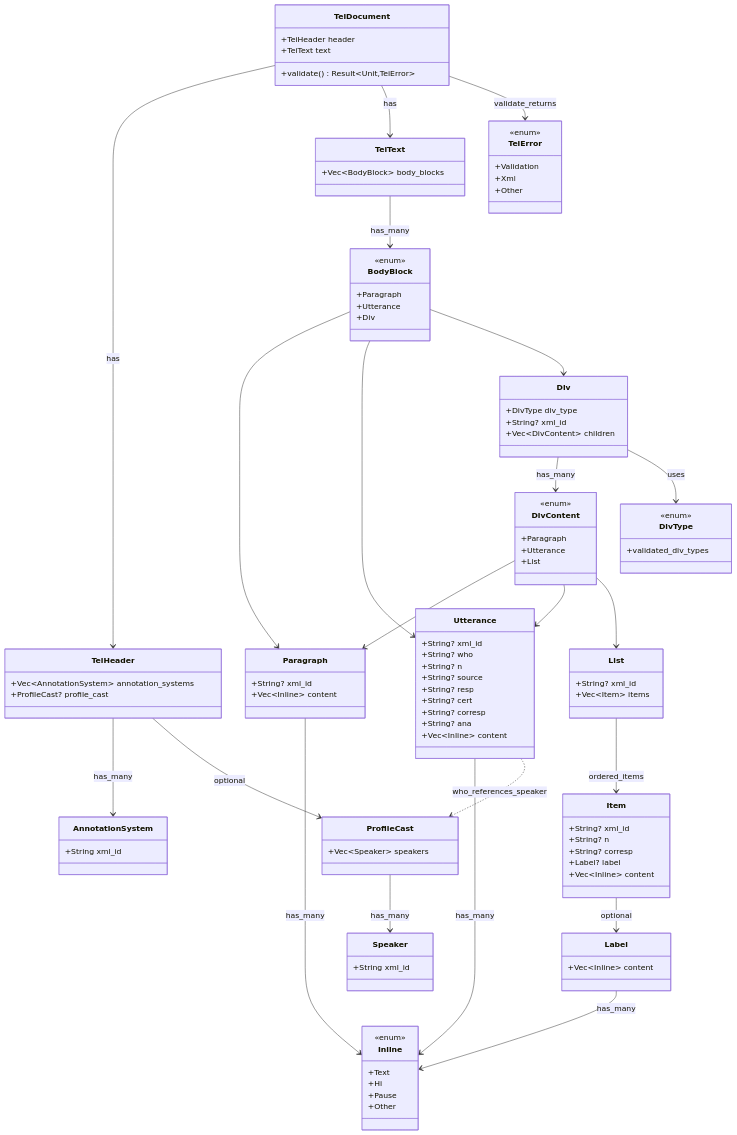
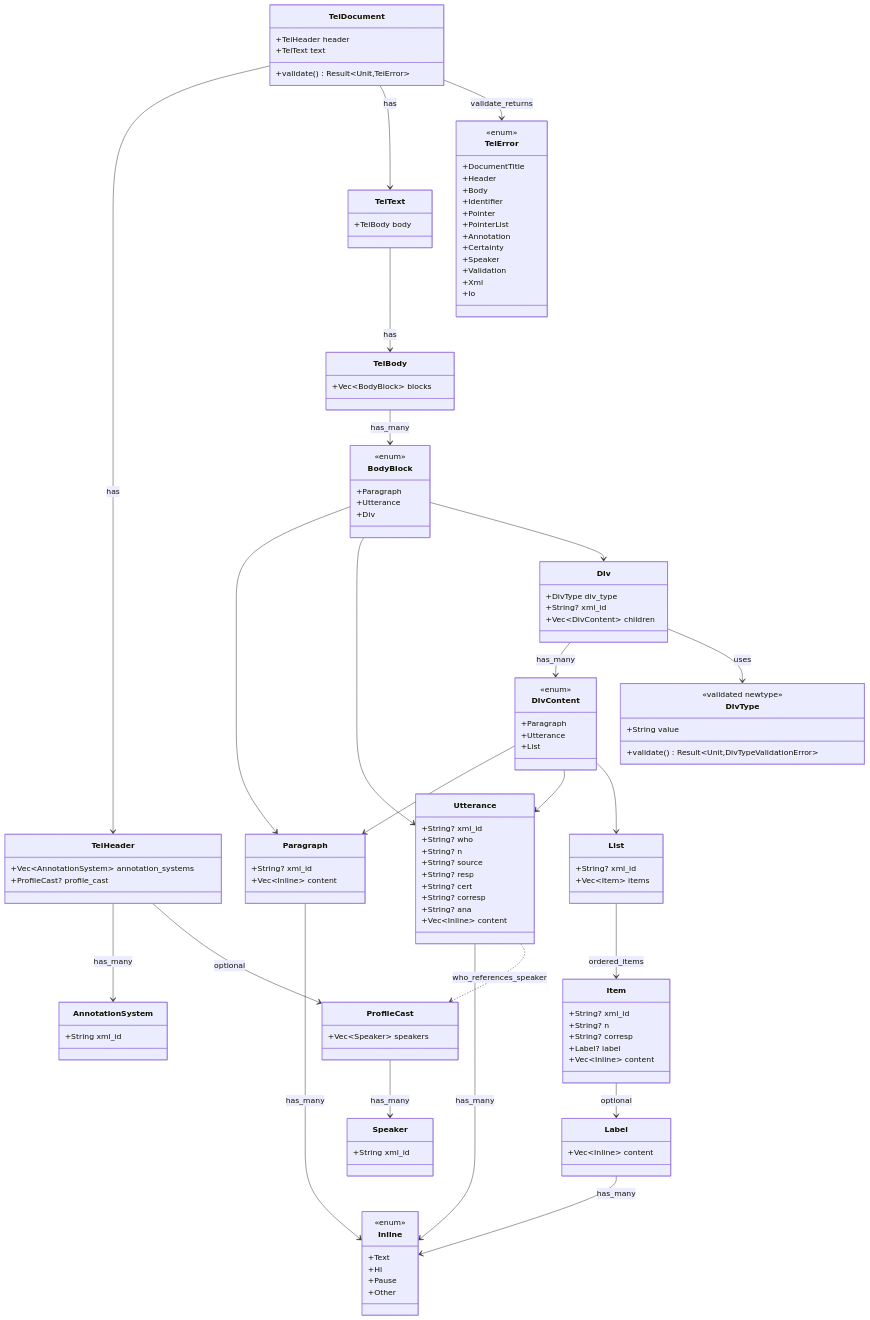
Before and after one commit to leynos/tei-rapporteur: the second of 4 diagrams in docs/tei-rapporteur-design-document.md, drawn with Mermaid.

Commit message:
docs(tei-rapporteur-design): update UML class diagram for TEI model
Refined the TEI data model in the design document by introducing the TeiBody class to encapsulate BodyBlock instances under TeiText. Changed DivType from enum to a validated newtype with a validate method. Expanded TeiError enum with additional error categories. Updated class relationships accordingly to better represent the domain model.

```diff
--- a/docs/tei-rapporteur-design-document.md
+++ b/docs/tei-rapporteur-design-document.md
@@ -766,7 +766,11 @@
     }
 
     class TeiText {
-      +Vec~BodyBlock~ body_blocks
+      +TeiBody body
+    }
+
+    class TeiBody {
+      +Vec~BodyBlock~ blocks
     }
 
     class BodyBlock {
@@ -832,15 +836,25 @@
     }
 
     class DivType {
-      <<enum>>
-      +validated_div_types
+      <<validated newtype>>
+      +String value
+      +validate() Result~Unit,DivTypeValidationError~
     }
 
     class TeiError {
       <<enum>>
+      +DocumentTitle
+      +Header
+      +Body
+      +Identifier
+      +Pointer
+      +PointerList
+      +Annotation
+      +Certainty
+      +Speaker
       +Validation
       +Xml
-      +Other
+      +Io
     }
 
     TeiDocument --> TeiHeader : has
@@ -852,7 +866,8 @@
 
     ProfileCast --> Speaker : has_many
 
-    TeiText --> BodyBlock : has_many
+    TeiText --> TeiBody : has
+    TeiBody --> BodyBlock : has_many
 
     Div --> DivContent : has_many
     Div --> DivType : uses
```
